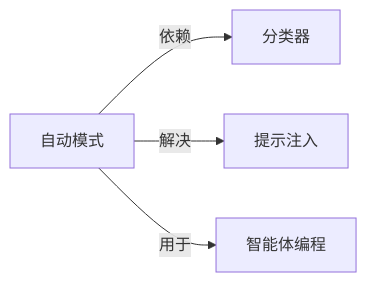
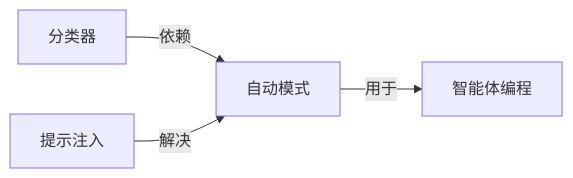
One commit to yibie/claude-best-practices-zh changed the diagram in wiki/自动模式.md. Above: the diagram before and after it, drawn with Mermaid. The commit also changed other lines of this file and 407 other files, not shown here.

Commit message:
feat: DeepSeek 三遍审校（译文/关系/图谱）+ 可部署静态站点

````diff
--- a/wiki/自动模式.md
+++ b/wiki/自动模式.md
@@ -45,7 +46,7 @@
 ```mermaid
 graph LR
   C["自动模式"]
-  C -->|依赖| N0["分类器"]
-  C -->|解决| N1["提示注入"]
+  N0["分类器"] -->|依赖| C
+  N1["提示注入"] -->|解决| C
   C -->|用于| N2["智能体编程"]
 ```
````
